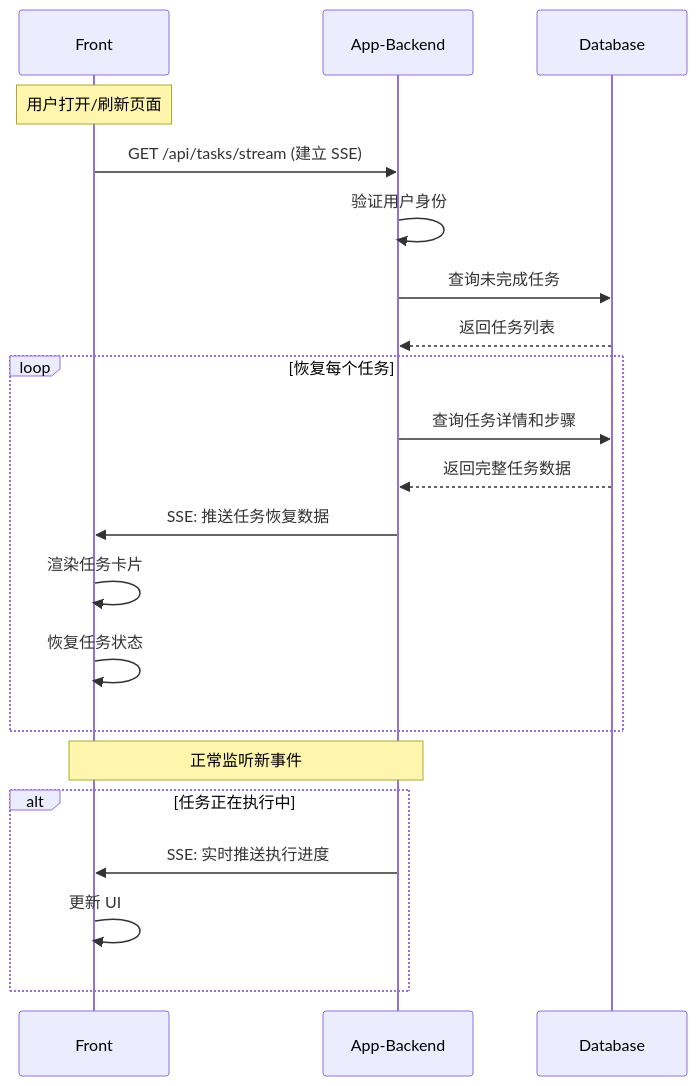
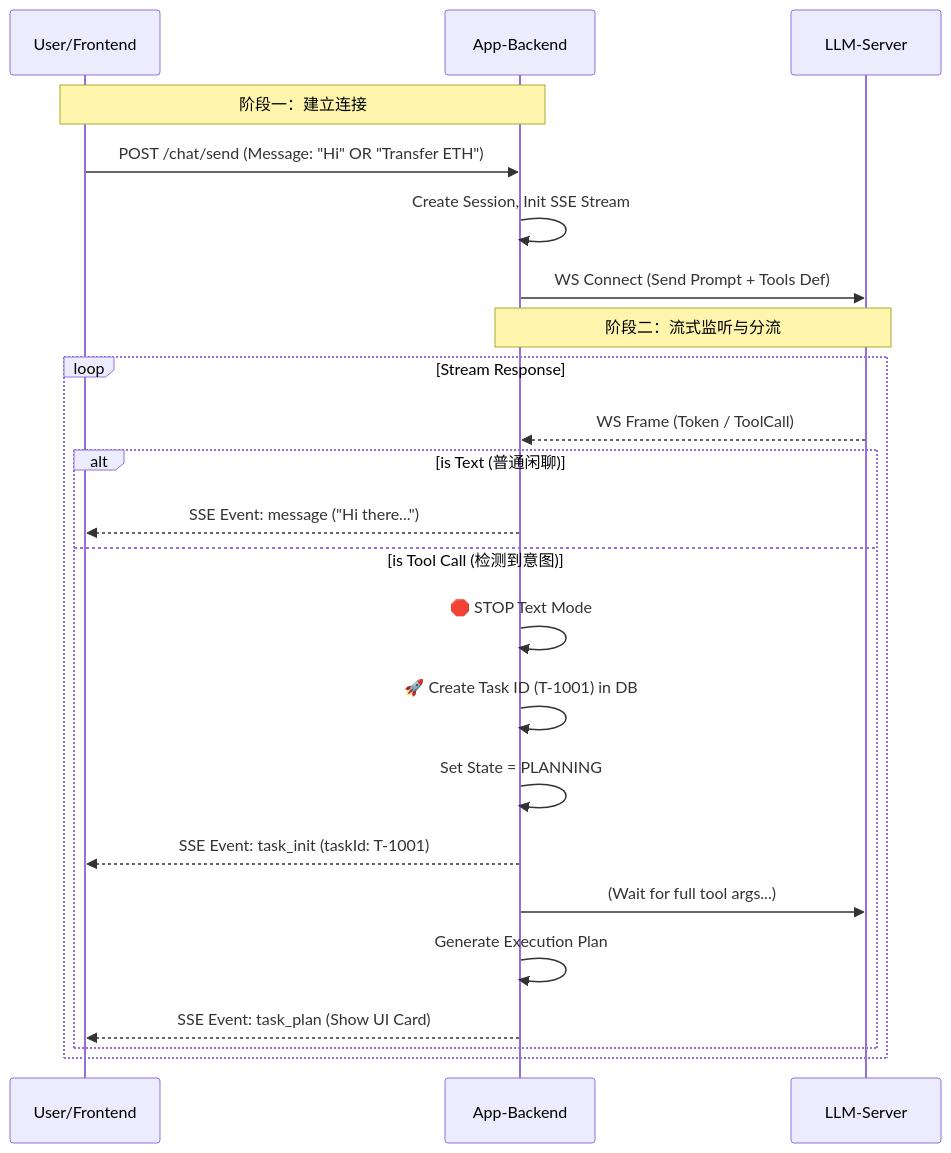
Before and after one commit to yingjianzh/iodraw-files: the diagram in all/未命名-10.md, drawn with Mermaid.

Commit message:
2025-12-17 16:15:20 update

````diff
--- a/all/未命名-10.md
+++ b/all/未命名-10.md
@@ -1,28 +1,28 @@
 ```mermaid
 sequenceDiagram
-    participant F as Front
-    participant A as App-Backend
-    participant D as Database
-    
-    Note over F: 用户打开/刷新页面
-    
-    F->>A: GET /api/tasks/stream (建立 SSE)
-    A->>A: 验证用户身份
-    A->>D: 查询未完成任务
-    D-->>A: 返回任务列表
-    
-    loop 恢复每个任务
-        A->>D: 查询任务详情和步骤
-        D-->>A: 返回完整任务数据
-        A->>F: SSE: 推送任务恢复数据
-        F->>F: 渲染任务卡片
-        F->>F: 恢复任务状态
-    end
-    
-    Note over F,A: 正常监听新事件
-    
-    alt 任务正在执行中
-        A->>F: SSE: 实时推送执行进度
-        F->>F: 更新 UI
+    participant U as User/Frontend
+    participant B as App-Backend
+    participant L as LLM-Server
+
+    Note over U, B: 阶段一：建立连接
+    U->>B: POST /chat/send (Message: "Hi" OR "Transfer ETH")
+    B->>B: Create Session, Init SSE Stream
+    B->>L: WS Connect (Send Prompt + Tools Def)
+
+    Note over B, L: 阶段二：流式监听与分流
+    loop Stream Response
+        L-->>B: WS Frame (Token / ToolCall)
+        
+        alt is Text (普通闲聊)
+            B-->>U: SSE Event: message ("Hi there...")
+        else is Tool Call (检测到意图)
+            B->>B: 🛑 STOP Text Mode
+            B->>B: 🚀 Create Task ID (T-1001) in DB
+            B->>B: Set State = PLANNING
+            B-->>U: SSE Event: task_init (taskId: T-1001)
+            B->>L: (Wait for full tool args...)
+            B->>B: Generate Execution Plan
+            B-->>U: SSE Event: task_plan (Show UI Card)
+        end
     end
 ```
````
